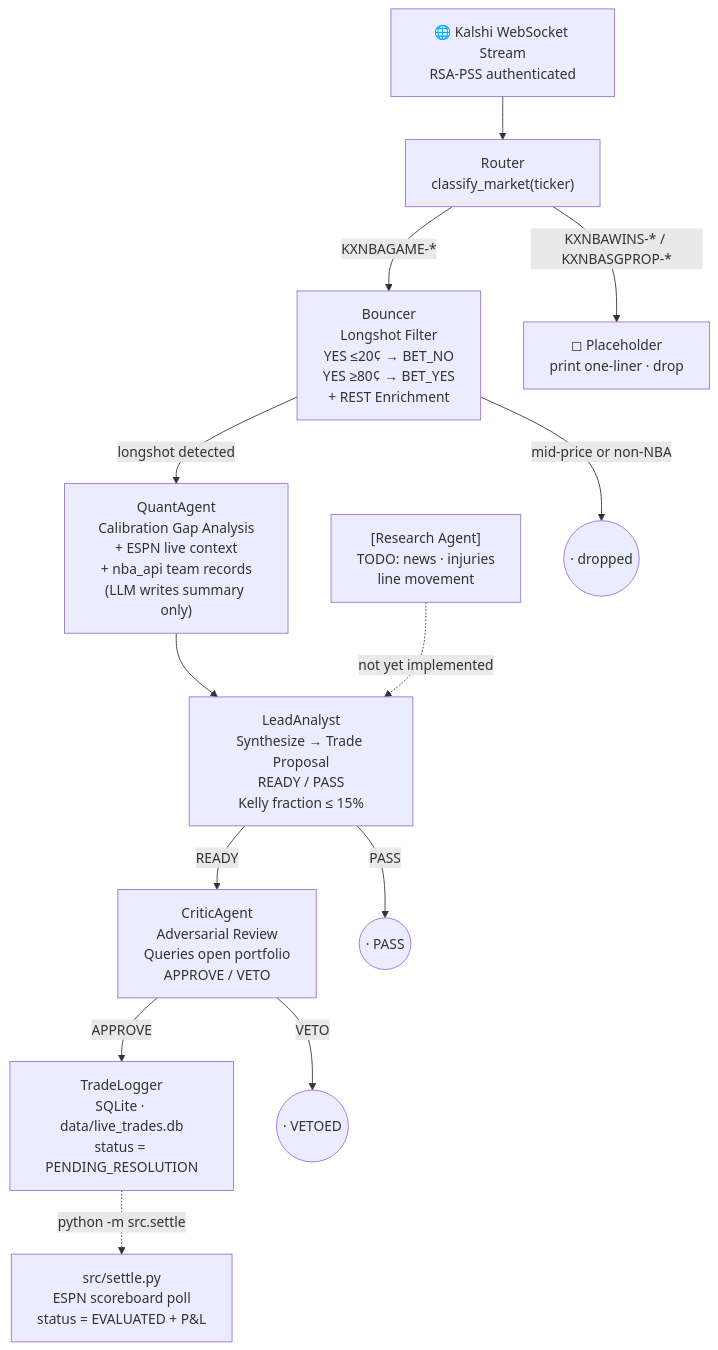
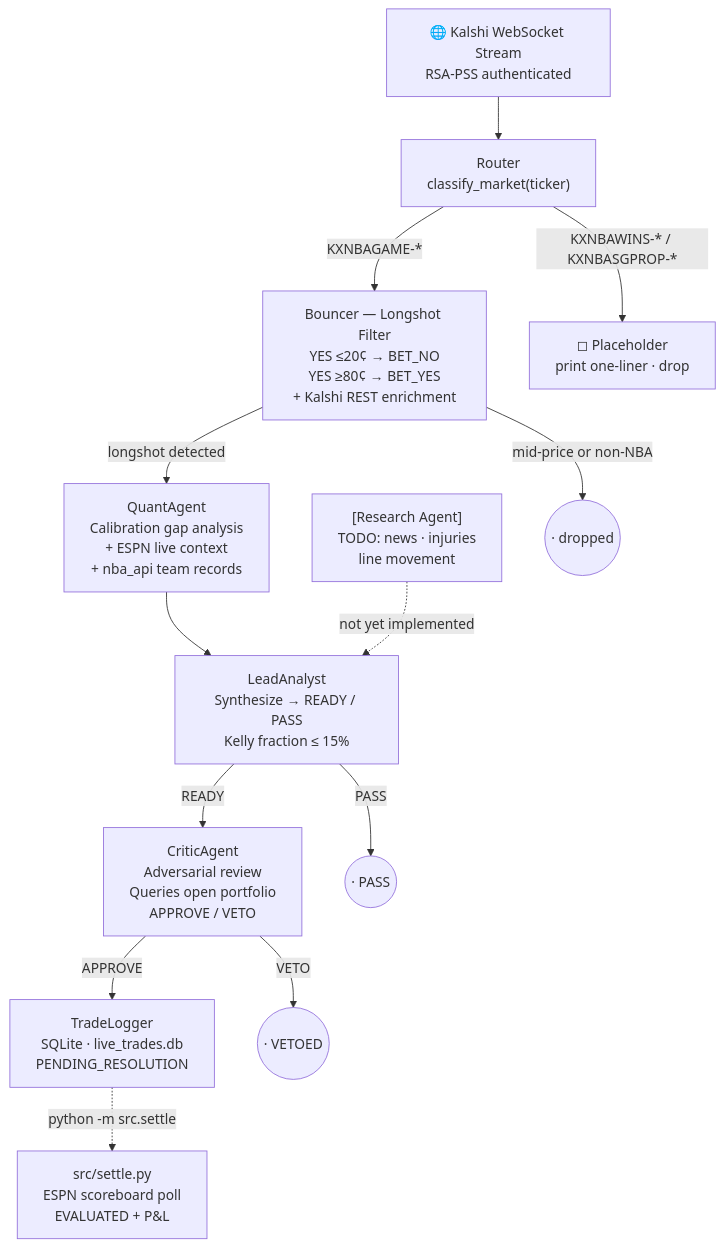
One commit to jacobhuynh/p2p-trade-bot changed the diagram in README.md. Above: the diagram before and after it, drawn with Mermaid.

Commit message:
updated mermaid diagram for formatting

````diff
--- a/README.md
+++ b/README.md
@@ -23,29 +23,29 @@
 ```mermaid
 flowchart TD
-    WS["🌐 Kalshi WebSocket Stream\nRSA-PSS authenticated"]
-    ROUTER["Router\nclassify_market(ticker)"]
-    BOUNCER["Bouncer\nLongshot Filter\nYES ≤20¢ → BET_NO\nYES ≥80¢ → BET_YES\n+ REST Enrichment"]
-    QUANT["QuantAgent\nCalibration Gap Analysis\n+ ESPN live context\n+ nba_api team records\n(LLM writes summary only)"]
-    RESEARCH["[Research Agent]\nTODO: news · injuries\nline movement"]
-    ORCH["LeadAnalyst\nSynthesize → Trade Proposal\nREADY / PASS\nKelly fraction ≤ 15%"]
-    CRITIC["CriticAgent\nAdversarial Review\nQueries open portfolio\nAPPROVE / VETO"]
-    LOGGER["TradeLogger\nSQLite · data/live_trades.db\nstatus = PENDING_RESOLUTION"]
-    SETTLE["src/settle.py\nESPN scoreboard poll\nstatus = EVALUATED + P&L"]
-    PLACEHOLDER["◻ Placeholder\nprint one-liner · drop"]
+    WS["🌐 Kalshi WebSocket Stream<br/>RSA-PSS authenticated"]
+    ROUTER["Router<br/>classify_market(ticker)"]
+    BOUNCER["Bouncer — Longshot Filter<br/>YES ≤20¢ → BET_NO<br/>YES ≥80¢ → BET_YES<br/>+ Kalshi REST enrichment"]
+    QUANT["QuantAgent<br/>Calibration gap analysis<br/>+ ESPN live context<br/>+ nba_api team records"]
+    RESEARCH["[Research Agent]<br/>TODO: news · injuries<br/>line movement"]
+    ORCH["LeadAnalyst<br/>Synthesize → READY / PASS<br/>Kelly fraction ≤ 15%"]
+    CRITIC["CriticAgent<br/>Adversarial review<br/>Queries open portfolio<br/>APPROVE / VETO"]
+    LOGGER["TradeLogger<br/>SQLite · live_trades.db<br/>PENDING_RESOLUTION"]
+    SETTLE["src/settle.py<br/>ESPN scoreboard poll<br/>EVALUATED + P&L"]
+    PLACEHOLDER["◻ Placeholder<br/>print one-liner · drop"]
     DROPPED(("· dropped"))
     PASSD(("· PASS"))
     VETOD(("· VETOED"))
 
     WS --> ROUTER
     ROUTER -->|"KXNBAGAME-*"| BOUNCER
     ROUTER -->|"KXNBAWINS-* / KXNBASGPROP-*"| PLACEHOLDER
     BOUNCER -->|longshot detected| QUANT
     BOUNCER -->|mid-price or non-NBA| DROPPED
     QUANT --> ORCH
     RESEARCH -. "not yet implemented" .-> ORCH
     ORCH -->|READY| CRITIC
     ORCH -->|PASS| PASSD
     CRITIC -->|APPROVE| LOGGER
     CRITIC -->|VETO| VETOD
     LOGGER -. "python -m src.settle" .-> SETTLE
 ```
````
